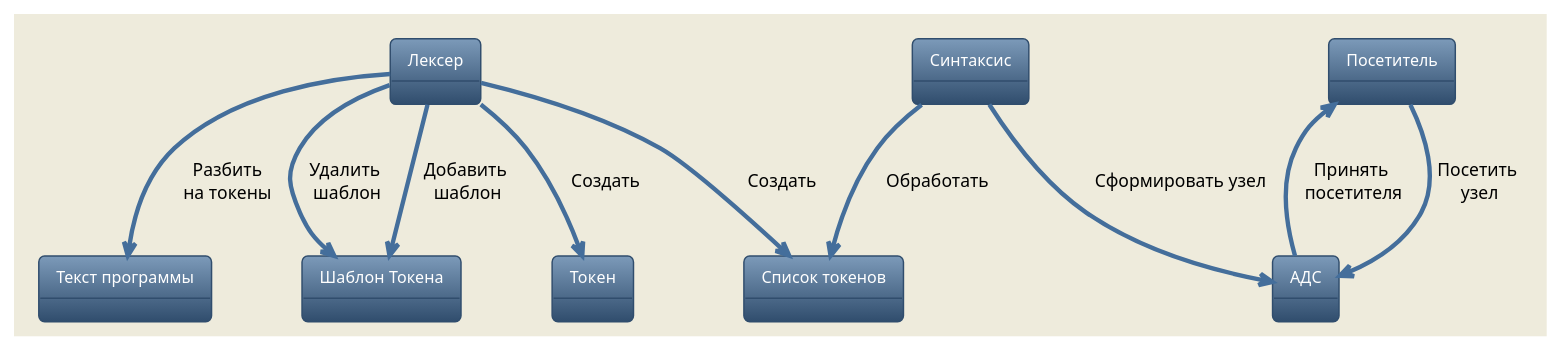
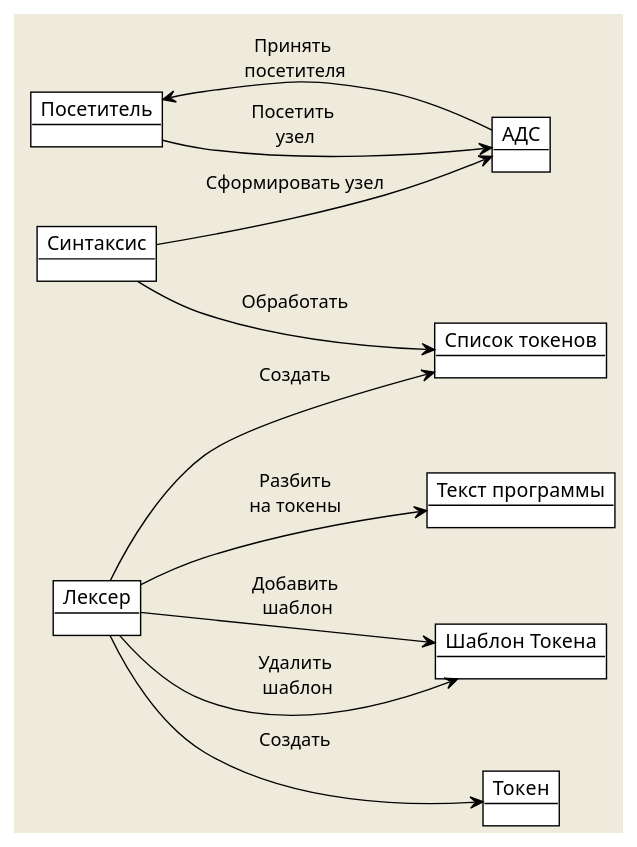
Before and after one commit to DanArmor/micro-Pascal: the first of 2 diagrams in schemes/scheme.md, drawn with PlantUML. The commit also changed other lines of this file and 5 other files, not shown here.

Commit message:
схемы

````diff
--- a/schemes/scheme.md
+++ b/schemes/scheme.md
@@ -4,30 +4,31 @@
 ```plantuml
 @startuml
-    !theme spacelab
+    !theme plain
     skinparam backgroundColor #EEEBDC
     skinparam handwritten false
     skinparam arrowFontColor black
+    left to right direction
 
     object "Лексер" as Lexer
     object "Текст программы" as Text
     object "Синтаксис" as Syntax
     object "Список токенов" as List
     object "АДС" as AST
     object "Посетитель" as Visitor
 
     object "Токен" as Token
     object "Шаблон Токена" as TokenTemp
 
     Lexer --> TokenTemp : "Добавить\n шаблон"
     Lexer --> TokenTemp : "Удалить\n шаблон"
     Lexer --> Text : "Разбить\nна токены"
     Lexer --> List : "Создать"
     Lexer --> Token : "Создать"
 
     Syntax --> List : "Обработать"
     Syntax --> AST : "Сформировать узел"
 
     Visitor --> AST : "Посетить \nузел"
     Visitor <-- AST : "Принять \nпосетителя"
 @enduml
 ```
````
